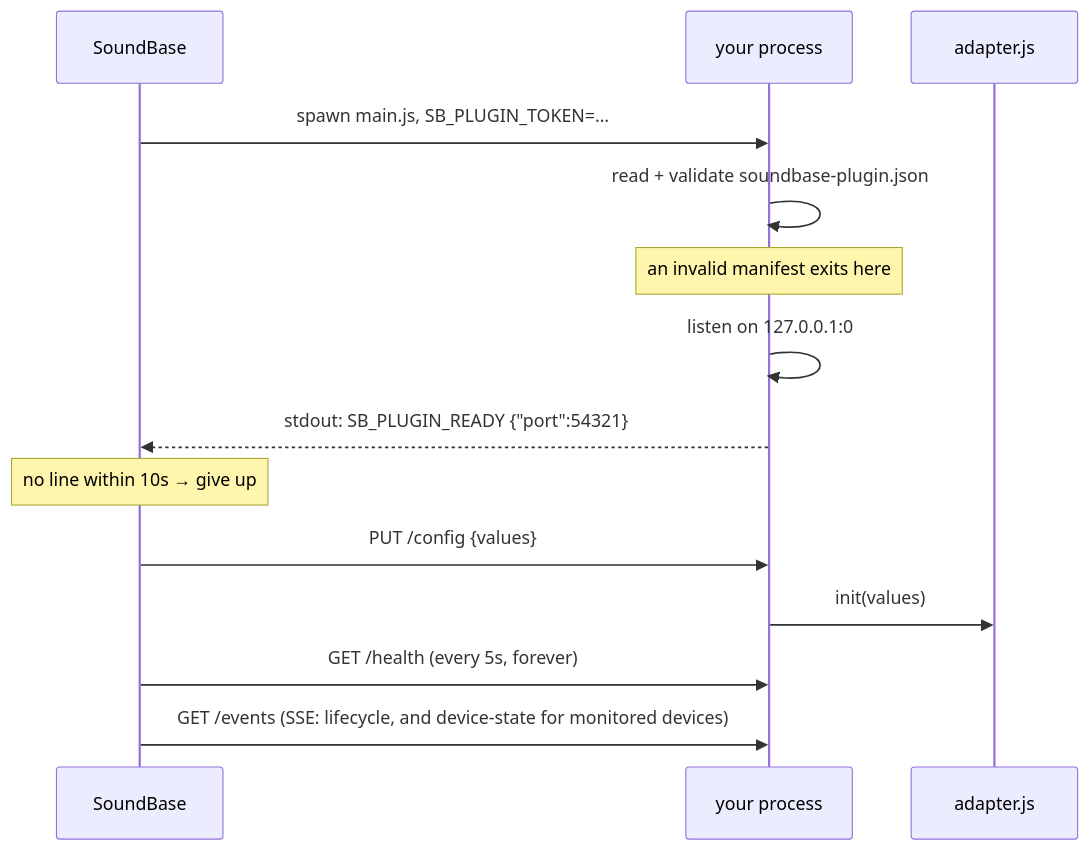
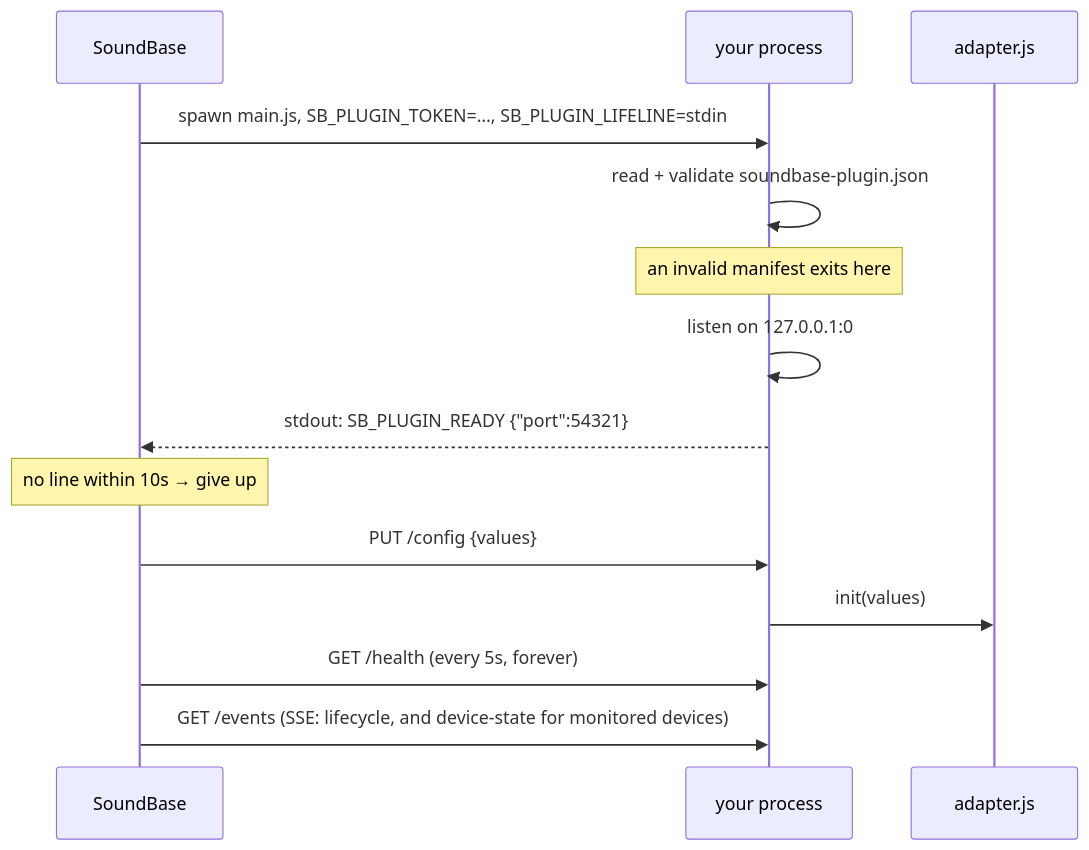
One commit to soundbase-lab/soundbase-plugin-template changed the first of 4 diagrams in docs/architecture.md. Above: the diagram before and after it, drawn with Mermaid. The commit also changed other lines of this file and 14 other files, not shown here.

````diff
--- a/docs/architecture.md
+++ b/docs/architecture.md
@@ -69,17 +69,17 @@
 ```mermaid
 sequenceDiagram
     participant H as SoundBase
     participant P as your process
     participant A as adapter.js
 
-    H->>P: spawn main.js, SB_PLUGIN_TOKEN=…
+    H->>P: spawn main.js, SB_PLUGIN_TOKEN=…, SB_PLUGIN_LIFELINE=stdin
     P->>P: read + validate soundbase-plugin.json
     Note over P: an invalid manifest exits here
     P->>P: listen on 127.0.0.1:0
     P-->>H: stdout: SB_PLUGIN_READY {"port":54321}
     Note over H: no line within 10s → give up
     H->>P: PUT /config {values}
     P->>A: init(values)
     H->>P: GET /health  (every 5s, forever)
     H->>P: GET /events  (SSE: lifecycle, and device-state for monitored devices)
 ```
````
